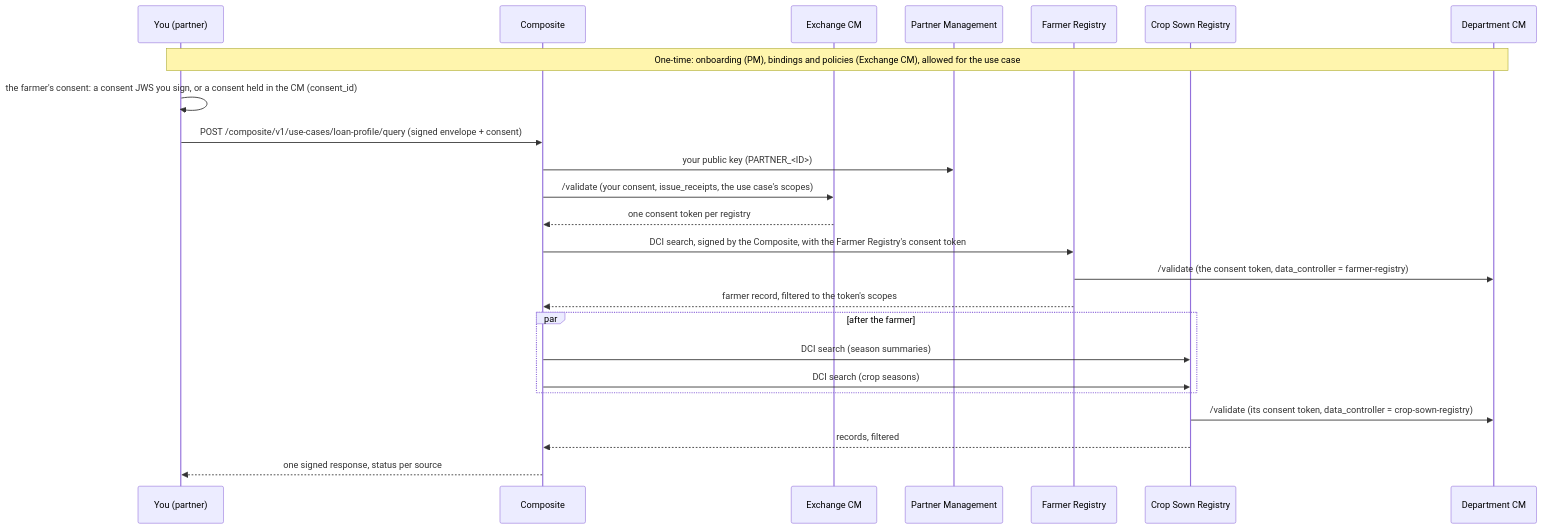
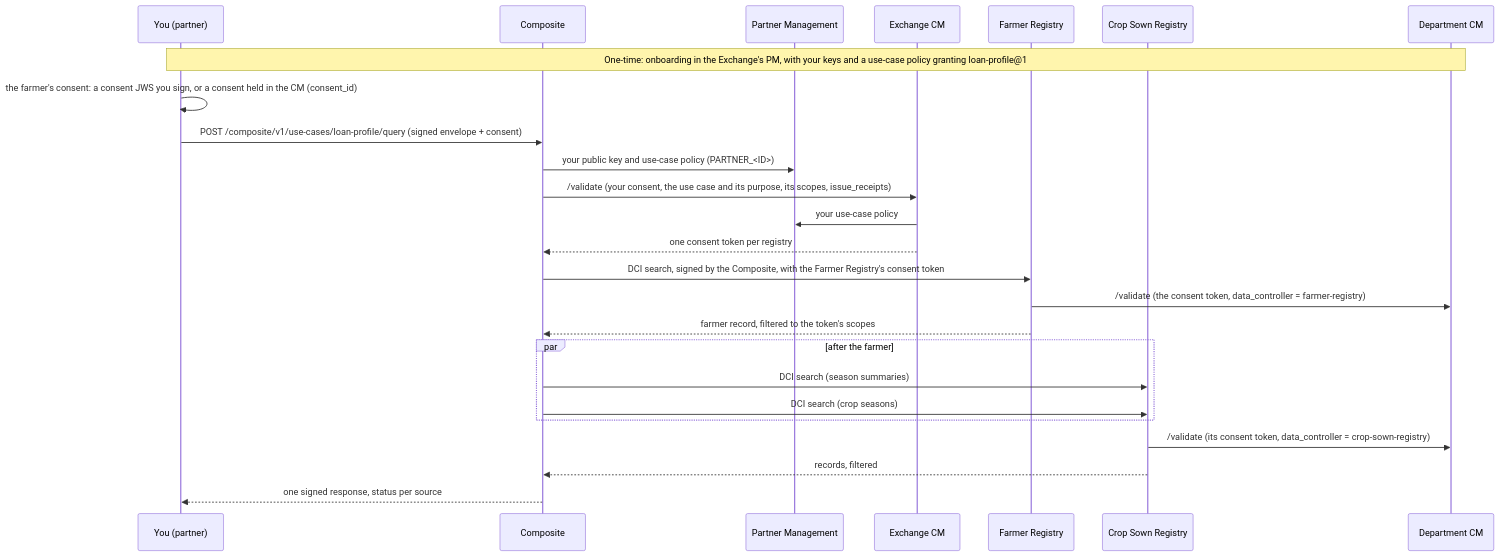
The diagram in open-agri-stack/partner-guide.md (OpenG2P/openg2p-documentation), drawn with Mermaid before and after one commit. The commit also changed other lines of this file and 74 other files, not shown here.

````diff
--- a/open-agri-stack/partner-guide.md
+++ b/open-agri-stack/partner-guide.md
@@ -25,26 +25,27 @@
 ```mermaid
 sequenceDiagram
   participant P as You (partner)
   participant C as Composite
+  participant PM as Partner Management
   participant XCM as Exchange CM
-  participant PM as Partner Management
   participant FR as Farmer Registry
   participant CSR as Crop Sown Registry
   participant DCM as Department CM
-  Note over P,DCM: One-time: onboarding (PM), bindings and policies (Exchange CM), allowed for the use case
+  Note over P,DCM: One-time: onboarding in the Exchange's PM, with your keys and a use-case policy granting loan-profile@1
   P->>P: the farmer's consent: a consent JWS you sign, or a consent held in the CM (consent_id)
   P->>C: POST /composite/v1/use-cases/loan-profile/query (signed envelope + consent)
-  C->>PM: your public key (PARTNER_<ID>)
-  C->>XCM: /validate (your consent, issue_receipts, the use case's scopes)
+  C->>PM: your public key and use-case policy (PARTNER_<ID>)
+  C->>XCM: /validate (your consent, the use case and its purpose, its scopes, issue_receipts)
+  XCM->>PM: your use-case policy
   XCM-->>C: one consent token per registry
   C->>FR: DCI search, signed by the Composite, with the Farmer Registry's consent token
   FR->>DCM: /validate (the consent token, data_controller = farmer-registry)
   FR-->>C: farmer record, filtered to the token's scopes
   par after the farmer
     C->>CSR: DCI search (season summaries)
     C->>CSR: DCI search (crop seasons)
   end
   CSR->>DCM: /validate (its consent token, data_controller = crop-sown-registry)
   CSR-->>C: records, filtered
   C-->>P: one signed response, status per source
 ```
````
